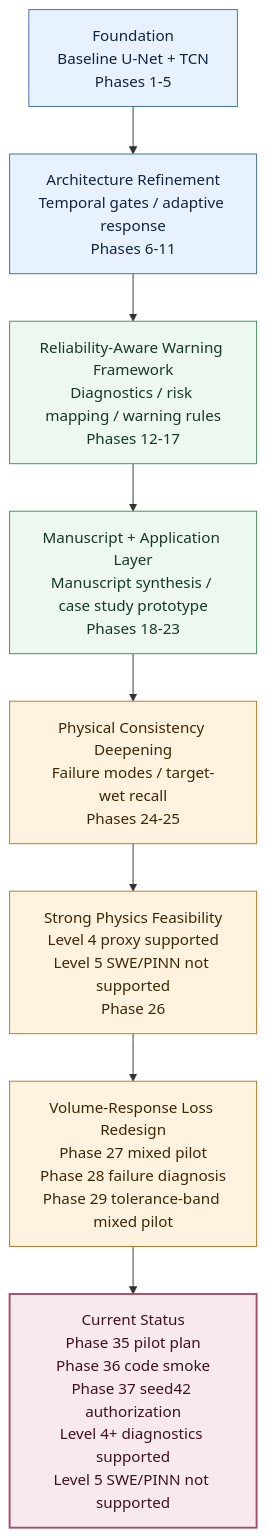
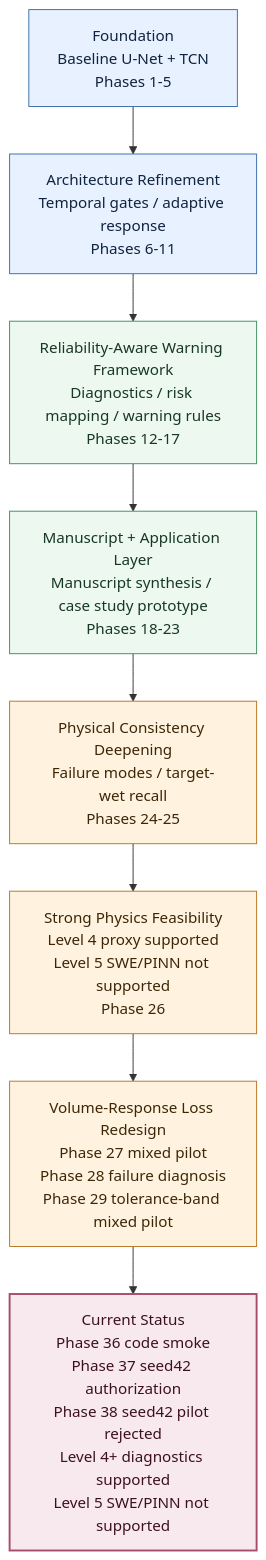
One commit to HolyLin990604/physics-guided-urban-flood-prediction changed the second of 3 diagrams in README.md. Above: the diagram before and after it, drawn with Mermaid. The commit also changed other lines of this file and 2 other files, not shown here.

Commit message:
docs: sync phase38 seed42 rejection status

````diff
--- a/README.md
+++ b/README.md
@@ -28,18 +28,18 @@
 ```mermaid
 flowchart TB
     A["Foundation<br/>Baseline U-Net + TCN<br/>Phases 1-5"]:::foundation
     B["Architecture Refinement<br/>Temporal gates / adaptive response<br/>Phases 6-11"]:::foundation
     C["Reliability-Aware Warning Framework<br/>Diagnostics / risk mapping / warning rules<br/>Phases 12-17"]:::reliability
     D["Manuscript + Application Layer<br/>Manuscript synthesis / case study prototype<br/>Phases 18-23"]:::reliability
     E["Physical Consistency Deepening<br/>Failure modes / target-wet recall<br/>Phases 24-25"]:::physics
     F["Strong Physics Feasibility<br/>Level 4 proxy supported<br/>Level 5 SWE/PINN not supported<br/>Phase 26"]:::physics
     G["Volume-Response Loss Redesign<br/>Phase 27 mixed pilot<br/>Phase 28 failure diagnosis<br/>Phase 29 tolerance-band mixed pilot"]:::physics
-    H["Current Status<br/>Phase 35 pilot plan<br/>Phase 36 code smoke<br/>Phase 37 seed42 authorization<br/>Level 4+ diagnostics supported<br/>Level 5 SWE/PINN not supported"]:::current
+    H["Current Status<br/>Phase 36 code smoke<br/>Phase 37 seed42 authorization<br/>Phase 38 seed42 pilot rejected<br/>Level 4+ diagnostics supported<br/>Level 5 SWE/PINN not supported"]:::current
 
     A --> B --> C --> D --> E --> F --> G --> H
 
     classDef foundation fill:#e8f1ff,stroke:#3b6ea8,stroke-width:1px,color:#10233f
     classDef reliability fill:#edf8f1,stroke:#3f8f5f,stroke-width:1px,color:#173824
     classDef physics fill:#fff3df,stroke:#b77722,stroke-width:1px,color:#3d2608
     classDef current fill:#f7e9ee,stroke:#a84b6b,stroke-width:2px,color:#3d1021
 ```
````
